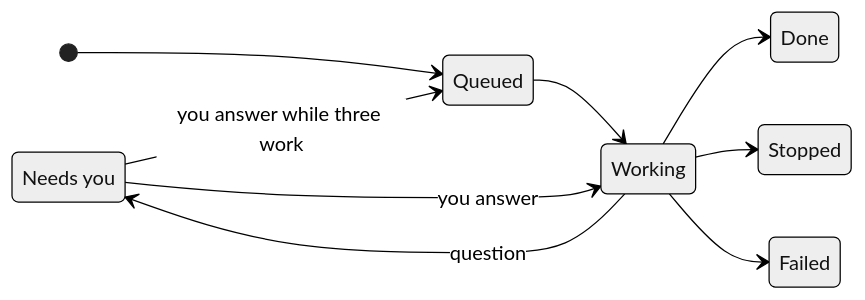
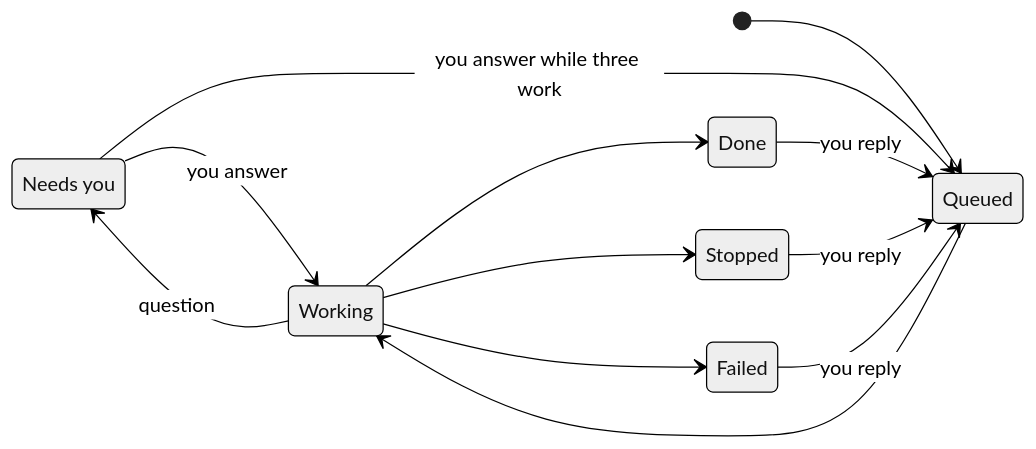
One commit to n8n-io/nod changed the diagram in docs/src/content/docs/use/tasks.md. Above: the diagram before and after it, drawn with Mermaid (neutral theme). The commit also changed other lines of this file and 20 other files, not shown here.

````diff
--- a/docs/src/content/docs/use/tasks.md
+++ b/docs/src/content/docs/use/tasks.md
@@ -47,13 +51,16 @@
 ```mermaid
 stateDiagram-v2
   direction LR
   state "Needs you" as needs
   [*] --> Queued
   Queued --> Working
   Working --> needs: question
   needs --> Working: you answer
   needs --> Queued: you answer while three work
   Working --> Done
   Working --> Stopped
   Working --> Failed
+  Done --> Queued: you reply
+  Stopped --> Queued: you reply
+  Failed --> Queued: you reply
 ```
````
